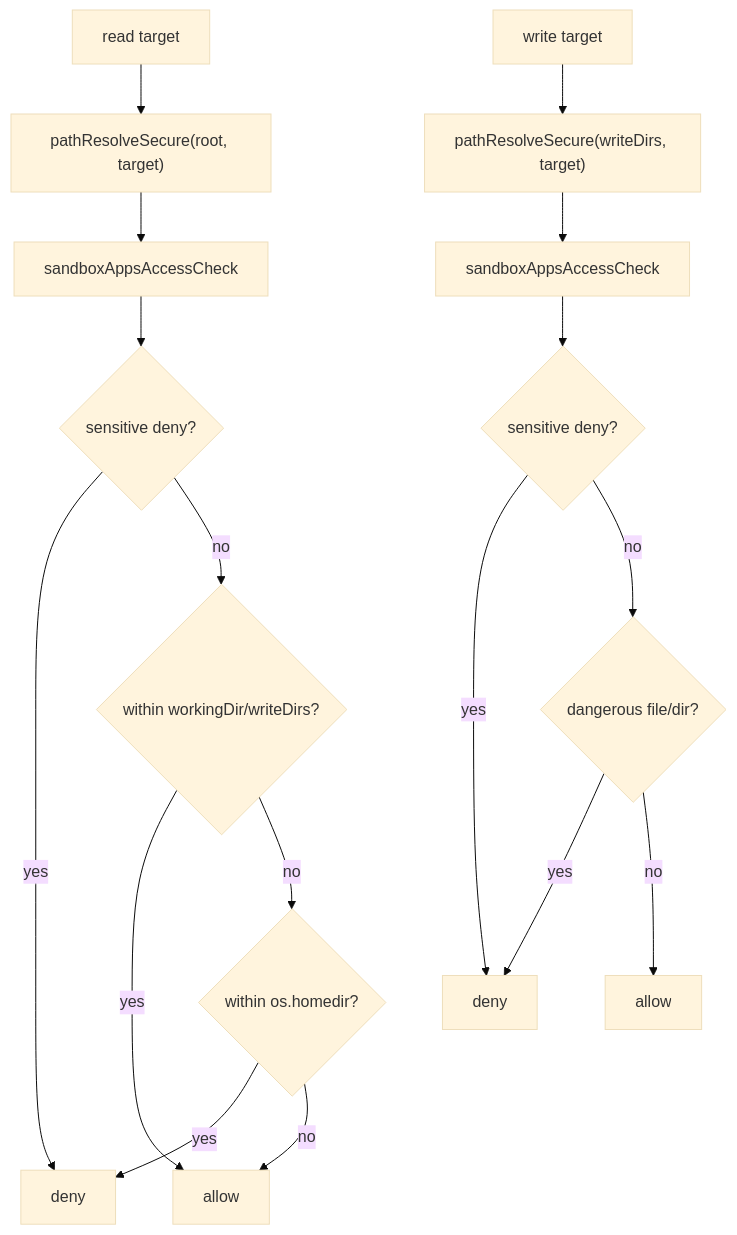
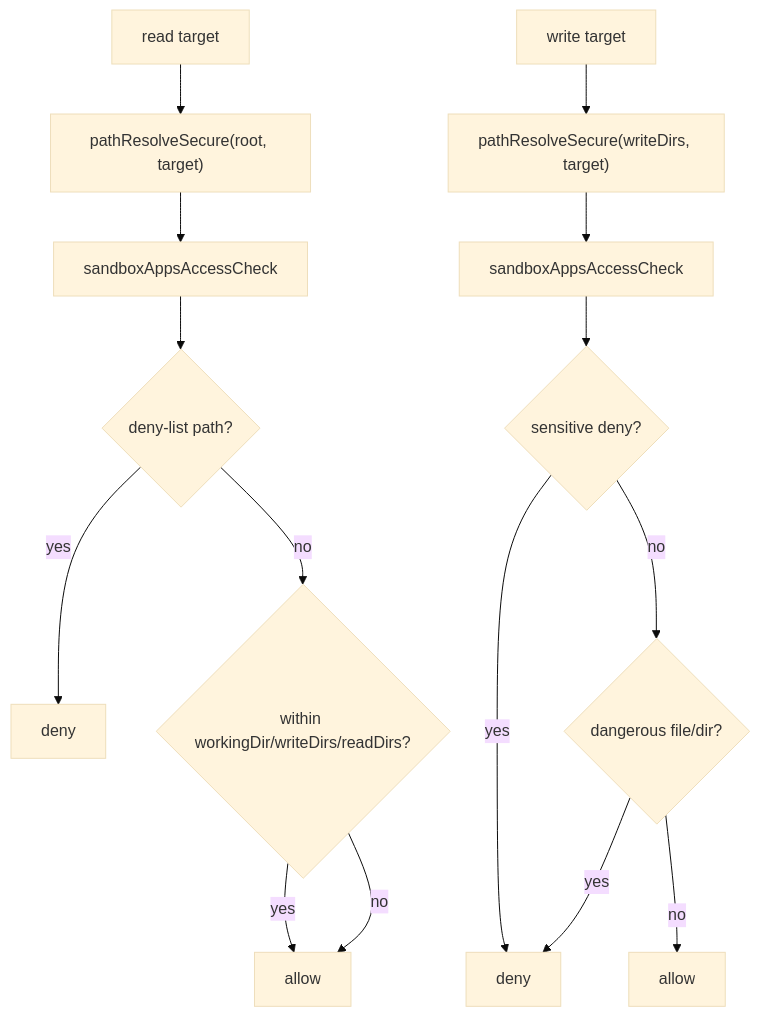
The diagram in doc/internals/read-write-permission-alignment.md (ex3ndr/daycare), drawn with Mermaid (base theme) before and after one commit. The commit also changed other lines of this file and 8 other files, not shown here.

````diff
--- a/doc/internals/read-write-permission-alignment.md
+++ b/doc/internals/read-write-permission-alignment.md
@@ -30,20 +32,18 @@
 ```mermaid
 flowchart TD
   A["read target"] --> B["pathResolveSecure(root, target)"]
   B --> C["sandboxAppsAccessCheck"]
-  C --> D{"sensitive deny?"}
+  C --> D{"deny-list path?"}
   D -- yes --> E["deny"]
-  D -- no --> F{"within workingDir/writeDirs?"}
+  D -- no --> F{"within workingDir/writeDirs/readDirs?"}
   F -- yes --> G["allow"]
-  F -- no --> H{"within os.homedir?"}
-  H -- yes --> E
-  H -- no --> G
+  F -- no --> G
 
   I["write target"] --> J["pathResolveSecure(writeDirs, target)"]
   J --> K["sandboxAppsAccessCheck"]
   K --> L{"sensitive deny?"}
   L -- yes --> M["deny"]
   L -- no --> N{"dangerous file/dir?"}
   N -- yes --> M
   N -- no --> O["allow"]
 ```
````
